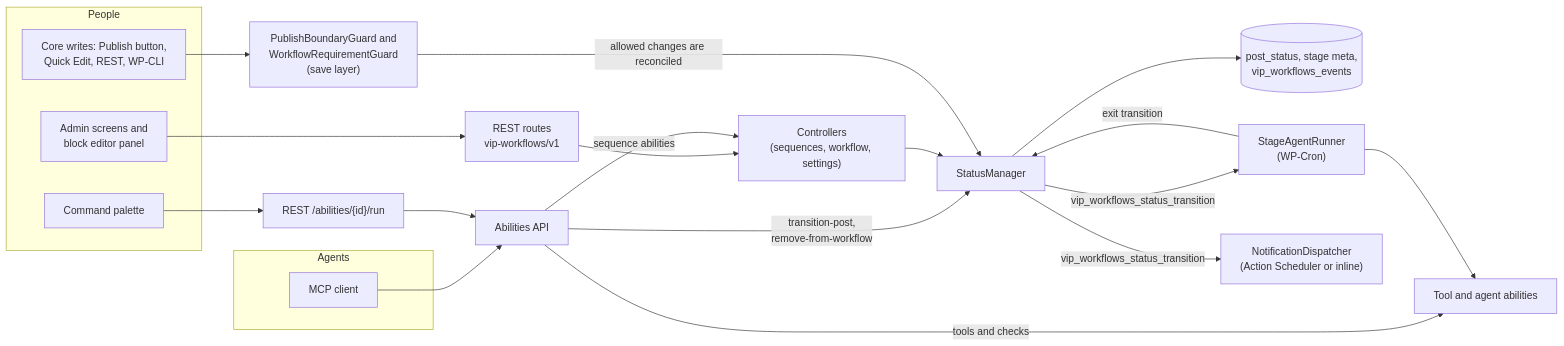
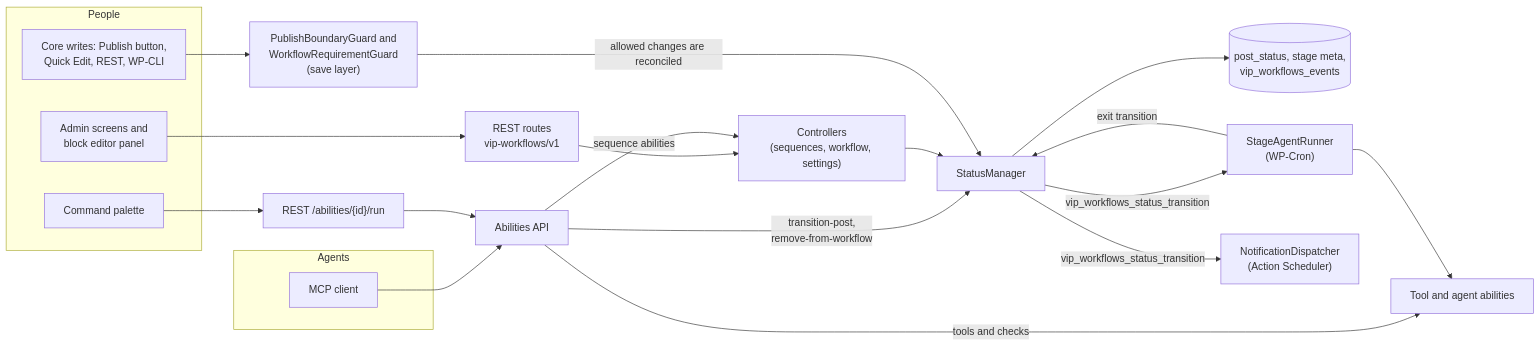
Before and after one commit to Automattic/vip-workflows: the first of 6 diagrams in docs/SPEC.md, drawn with Mermaid. The commit also changed other lines of this file and 9 other files, not shown here.

````diff
--- a/docs/SPEC.md
+++ b/docs/SPEC.md
@@ -107,27 +107,27 @@
 ```mermaid
 flowchart LR
   subgraph People
     UI["Admin screens and<br/>block editor panel"]
     CP["Command palette"]
     CORE["Core writes: Publish button,<br/>Quick Edit, REST, WP-CLI"]
   end
   subgraph Agents
     MCP["MCP client"]
   end
   UI --> REST["REST routes<br/>vip-workflows/v1"]
   CP --> RUN["REST /abilities/{id}/run"]
   MCP --> ABIL["Abilities API"]
   RUN --> ABIL
   REST --> CTRL["Controllers<br/>(sequences, workflow, settings)"]
   ABIL -->|"sequence abilities"| CTRL
   ABIL -->|"transition-post,<br/>remove-from-workflow"| SM
   ABIL -->|"tools and checks"| TOOLS["Tool and agent abilities"]
   CTRL --> SM["StatusManager"]
   CORE --> GUARD["PublishBoundaryGuard and<br/>WorkflowRequirementGuard<br/>(save layer)"]
   GUARD -->|"allowed changes are reconciled"| SM
   SM --> DATA[("post_status, stage meta,<br/>vip_workflows_events")]
   SM -->|"vip_workflows_status_transition"| AGENT["StageAgentRunner<br/>(WP-Cron)"]
-  SM -->|"vip_workflows_status_transition"| NOTIFY["NotificationDispatcher<br/>(Action Scheduler or inline)"]
+  SM -->|"vip_workflows_status_transition"| NOTIFY["NotificationDispatcher<br/>(Action Scheduler)"]
   AGENT --> TOOLS
   AGENT -->|"exit transition"| SM
 ```
````
